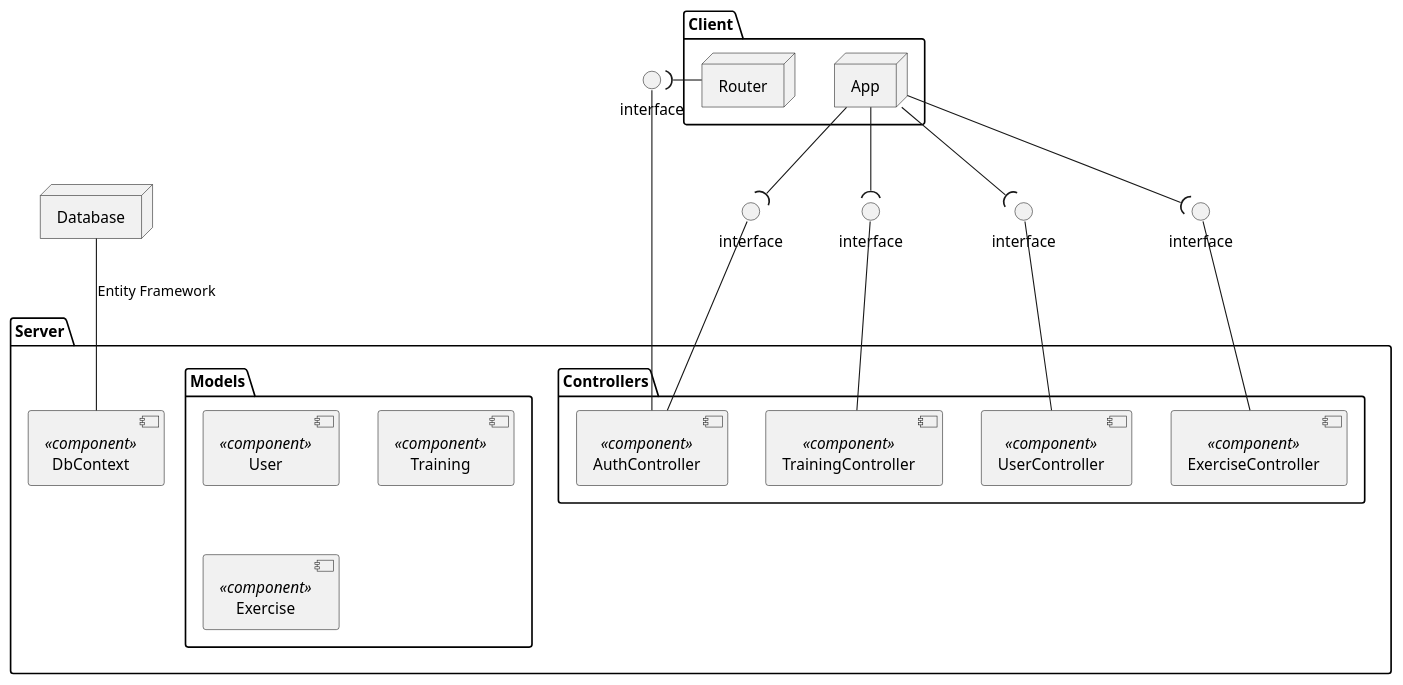
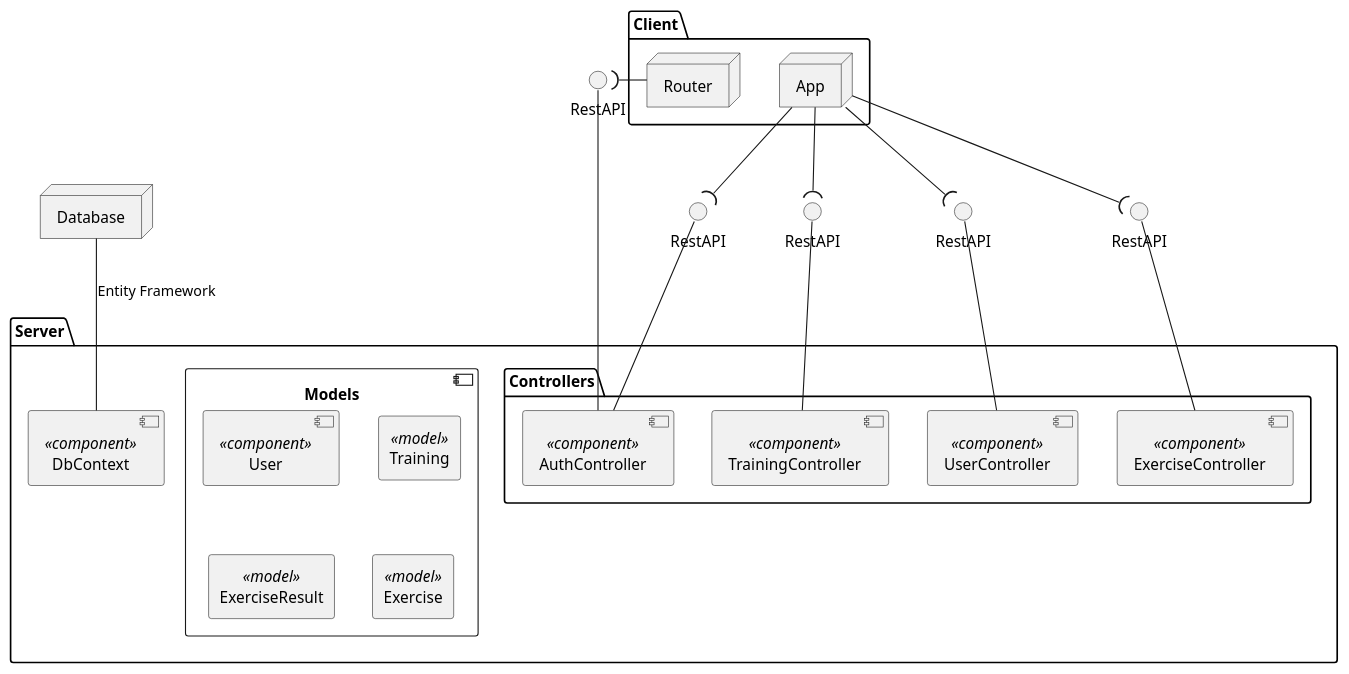
The third of 12 diagrams in docs/Documentation.puml (bedziox/VersaLog), drawn with PlantUML before and after one commit. The commit also changed other lines of this file and 20 other files, not shown here.

Commit message:
FEAT: Docs update, tweaks of ui added toasts instead of alerts, TodayTraining component added

```diff
--- a/docs/Documentation.puml
+++ b/docs/Documentation.puml
@@ -216,49 +213,51 @@
 @startuml
 
 package Server{
     package Controllers{
         component AuthController <<component>>
         component TrainingController <<component>>
         component UserController <<component>>
         component ExerciseController <<component>>
     }
-    package Models{
+    component Models{
         component User <<component>>
-        component Training <<component>>
-        component Exercise <<component>>
+        rectangle Training <<model>>
+        rectangle ExerciseResult <<model>>
+        rectangle Exercise <<model>>
     }
     component DbContext <<component>>
 }
 
 package Client{
 node Router
 node App
 }
 
-interface interface as int1
-interface interface as int2
-interface interface as int3
-interface interface as int4
+interface RestAPI as int1
+interface RestAPI as int2
+interface RestAPI as int3
+interface RestAPI as int4
+interface RestAPI as int5
 
-Router -left-( interface
-interface -up- AuthController
+Router -left-( int5
+int5 -up- AuthController
 App --( int1
 int1 -- AuthController
 
 App --( int2
 int2 -- TrainingController
 
 App --( int3
 int3 -- UserController
 
 App --( int4
 int4 -- ExerciseController
 
 
 
 node Database{
 }
 
 Database -- DbContext : Entity Framework
 
 @enduml
```
